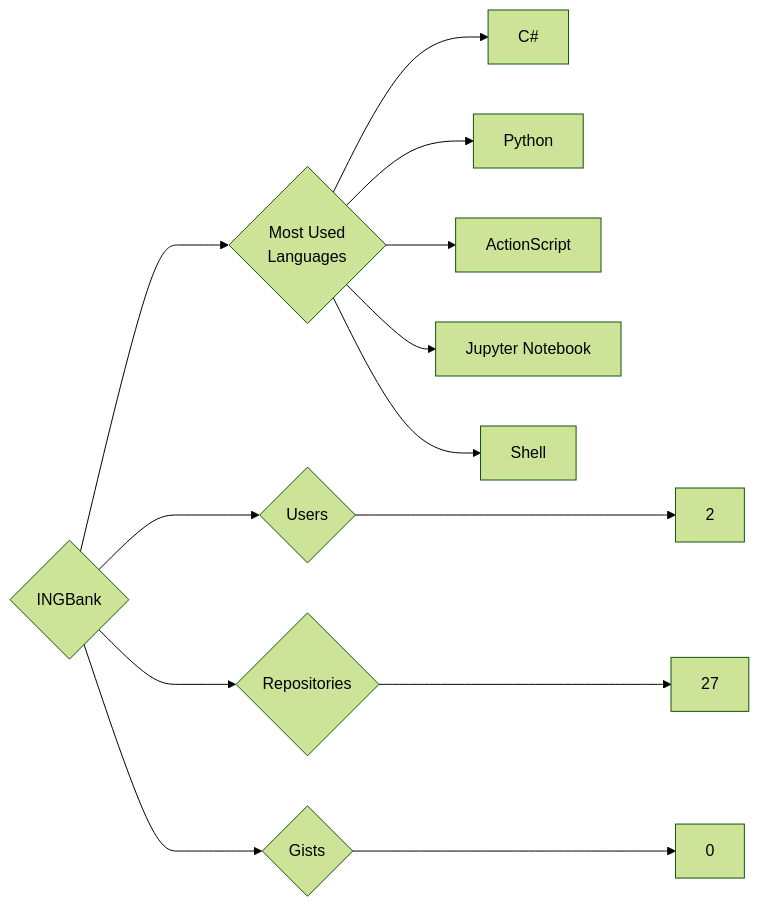
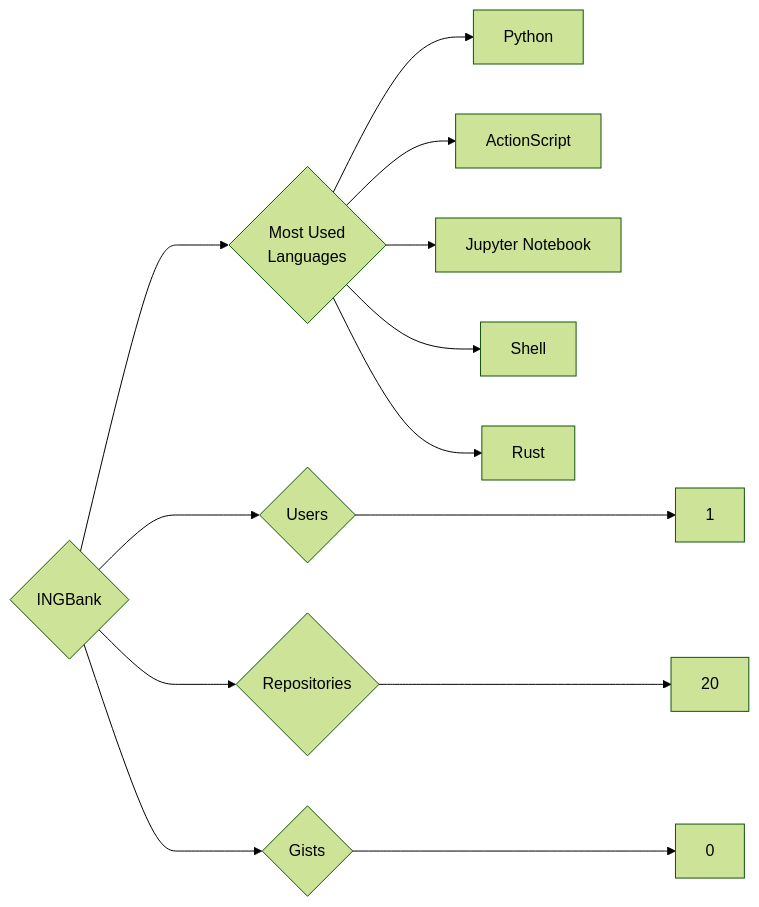
One commit to trickest/insiders changed the diagram in targets/INGBank/README.md. Above: the diagram before and after it, drawn with Mermaid (forest theme). The commit also changed 1030 other files, not shown here.

````diff
--- a/targets/INGBank/README.md
+++ b/targets/INGBank/README.md
@@ -3,13 +3,13 @@
 ```mermaid
 graph LR
 COMPANY_NAME{INGBank}
-COMPANY_NAME ---> U{Users} ---> UN[2]
-COMPANY_NAME ---> R{Repositories} ---> RN[27]
+COMPANY_NAME ---> U{Users} ---> UN[1]
+COMPANY_NAME ---> R{Repositories} ---> RN[20]
 COMPANY_NAME ---> G{Gists} ---> GN[0]
 COMPANY_NAME ---> ML{Most Used<br>Languages}
-ML --> C#[C#]
 ML --> Python[Python]
 ML --> ActionScript[ActionScript]
 ML --> Jupyter_Notebook[Jupyter Notebook]
 ML --> Shell[Shell]
+ML --> Rust[Rust]
 ```
````
